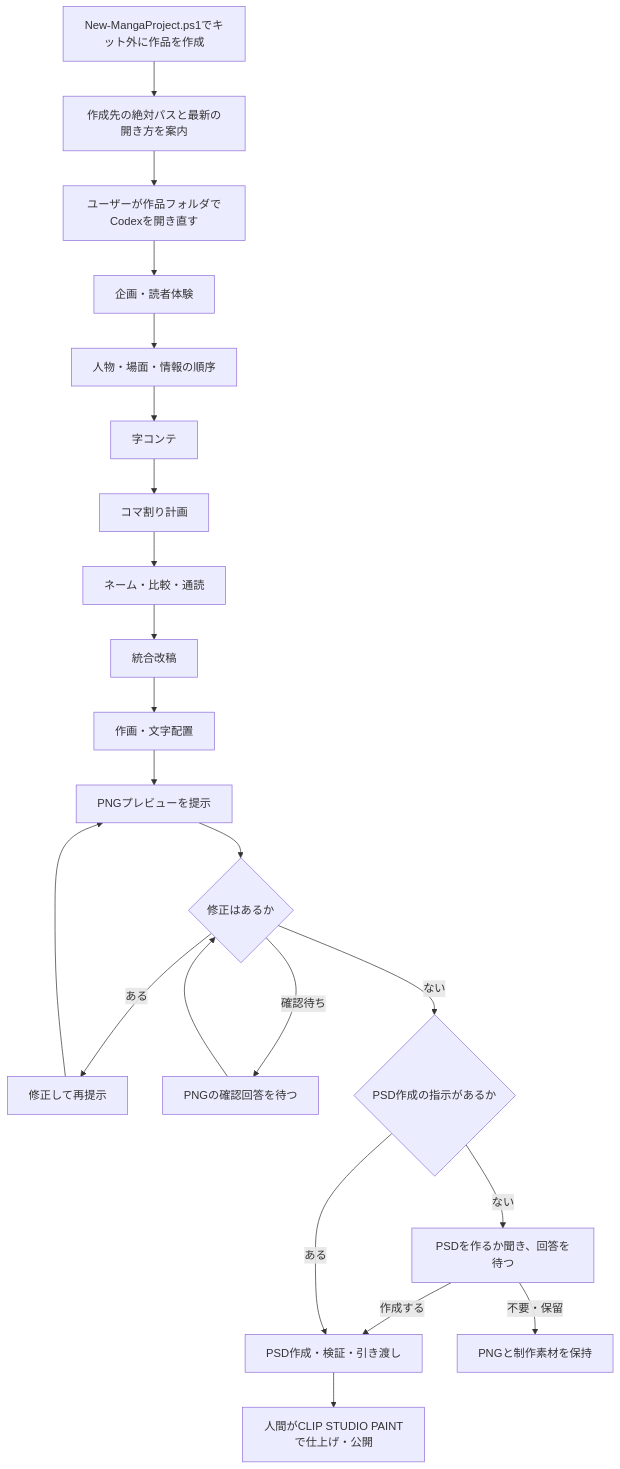
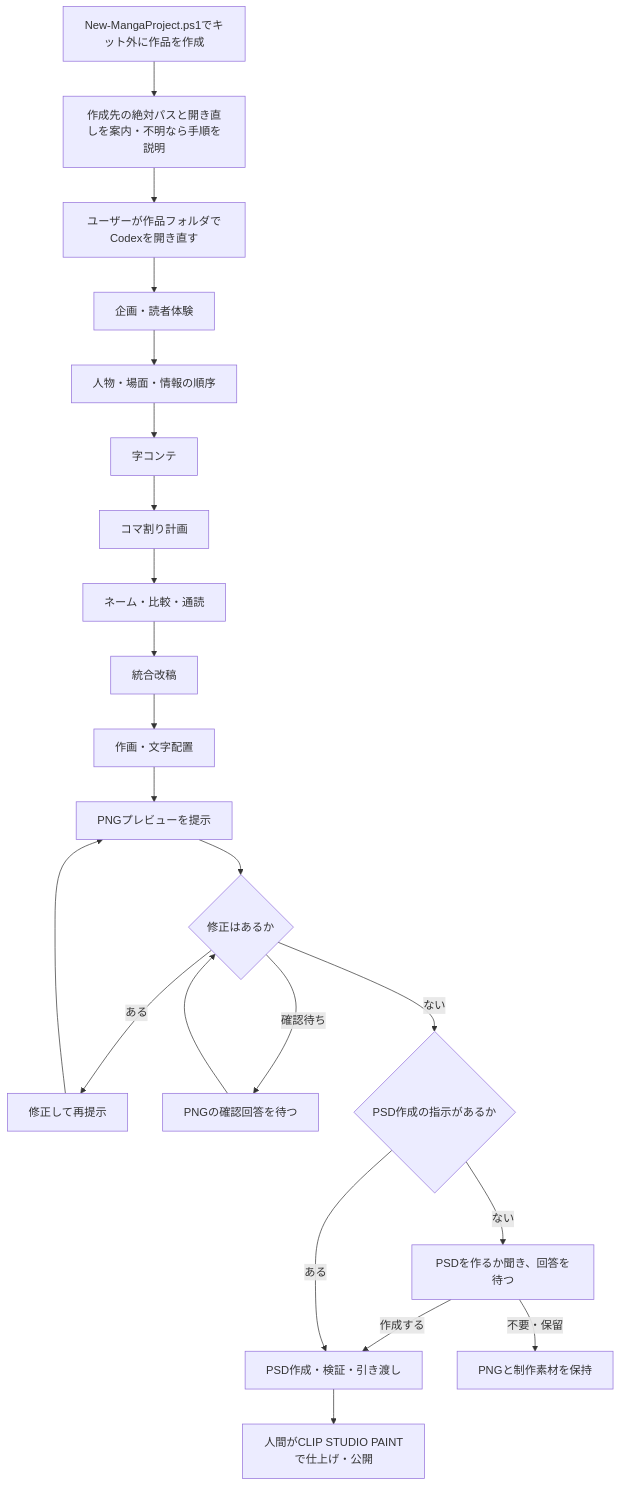
The diagram in README.md (potechitakusan/MangaAgentsStudio-A), drawn with Mermaid before and after one commit. The commit also changed other lines of this file and 44 other files, not shown here.

````diff
--- a/README.md
+++ b/README.md
@@ -25,24 +27,24 @@
 ```mermaid
 flowchart TD
-    P[New-MangaProject.ps1でキット外に作品を作成] --> Q[作成先の絶対パスと最新の開き方を案内]
+    P[New-MangaProject.ps1でキット外に作品を作成] --> Q[作成先の絶対パスと開き直しを案内・不明なら手順を説明]
     Q --> R[ユーザーが作品フォルダでCodexを開き直す]
     R --> A
     A[企画・読者体験] --> B[人物・場面・情報の順序]
     B --> C[字コンテ]
     C --> C1[コマ割り計画]
     C1 --> D[ネーム・比較・通読]
     D --> E[統合改稿]
     E --> F[作画・文字配置]
     F --> G[PNGプレビューを提示]
     G --> H{修正はあるか}
     H -->|ある| I[修正して再提示]
     I --> G
     H -->|確認待ち| O[PNGの確認回答を待つ]
     O --> H
     H -->|ない| J{PSD作成の指示があるか}
     J -->|ない| K[PSDを作るか聞き、回答を待つ]
     K -->|作成する| L[PSD作成・検証・引き渡し]
     J -->|ある| L
     K -->|不要・保留| M[PNGと制作素材を保持]
     L --> N[人間がCLIP STUDIO PAINTで仕上げ・公開]
 ```
````
